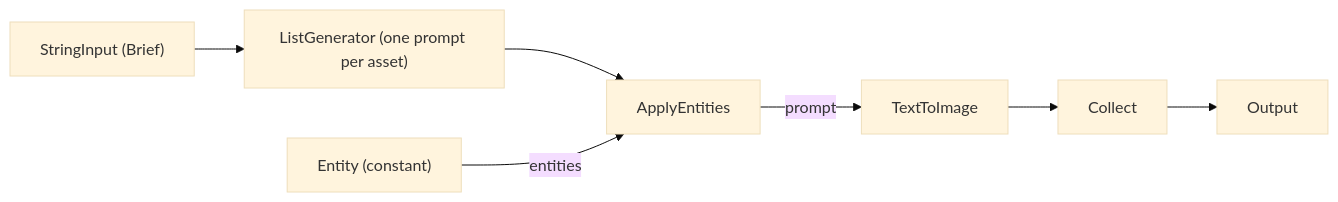
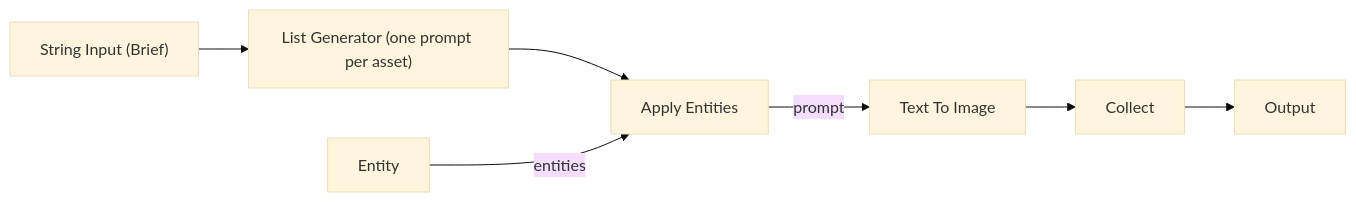
One commit to nodetool-ai/nodetool changed the third of 8 diagrams in docs/cookbook/patterns.md. Above: the diagram before and after it, drawn with Mermaid (base theme). The commit also changed other lines of this file and 2 other files, not shown here.

```diff
--- a/docs/cookbook/patterns.md
+++ b/docs/cookbook/patterns.md
@@ -113,14 +112,14 @@
 {% mermaid %}
 graph LR
-  brief["StringInput (Brief)"]
-  prompts["ListGenerator (one prompt per asset)"]
-  cast["Entity (constant)"]
-  apply["ApplyEntities"]
-  image["TextToImage"]
+  brief["String Input (Brief)"]
+  prompts["List Generator (one prompt per asset)"]
+  cast["Entity"]
+  apply["Apply Entities"]
+  image["Text To Image"]
   collect["Collect"]
   out["Output"]
   brief --> prompts --> apply
   cast -->|entities| apply
   apply -->|prompt| image
   image --> collect --> out
 {% endmermaid %}
```
